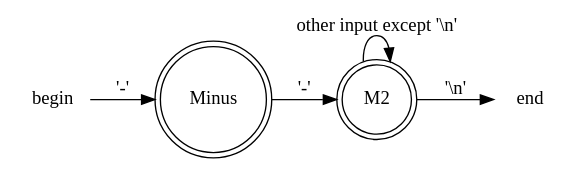
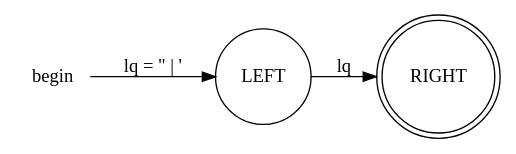
Before and after one commit to cxrasdfg/sdb: the sixth of 7 diagrams in src/parser/doc/lexer.org, drawn with Graphviz. The commit also changed other lines of this file and 7 other files, not shown here.

Commit message:
[finish] doc/lexer.org toatal FA graph

```diff
--- a/src/parser/doc/lexer.org
+++ b/src/parser/doc/lexer.org
@@ -63,15 +97,12 @@
-    #+BEGIN_SRC  dot :file ./identifier.png :exports results
-    digraph C_NFA_1 {
+    #+BEGIN_SRC  dot :file ./string.png :exports results
+    digraph string {
     rankdir = LR;
     node [shape = circle];
     begin [shape = none];
-    end [shape = none];
-    Minus [shape = doublecircle];
-    M2 [shape = doublecircle];
+    LEFT [shape = circle];
+    RIGHT [shape = doublecircle];
 
-    begin -> Minus [label = "'-'"];
-    Minus -> M2 [label = "'-'"];
-    M2 -> end [label = "'\\n'"];
-    M2 -> M2 [label = "other input except '\\n'"];
+    begin -> LEFT[label = "lq = \" | \'"];
+    LEFT -> RIGHT [label = "lq"];
     }
     #+END_SRC
```
